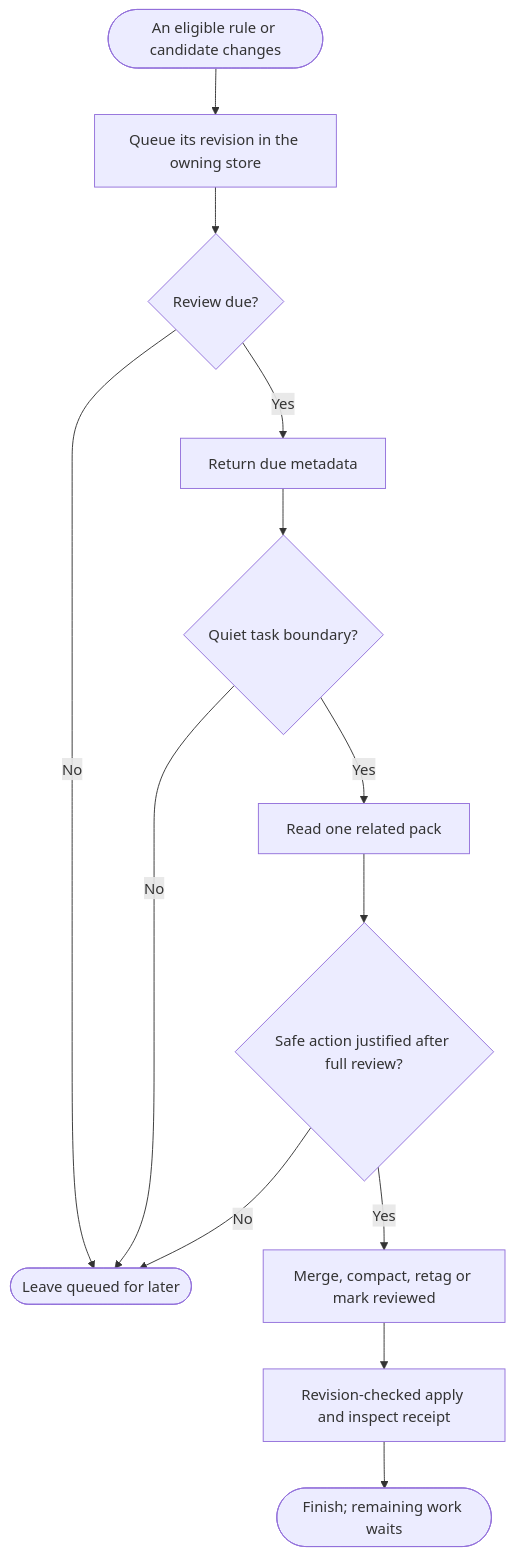
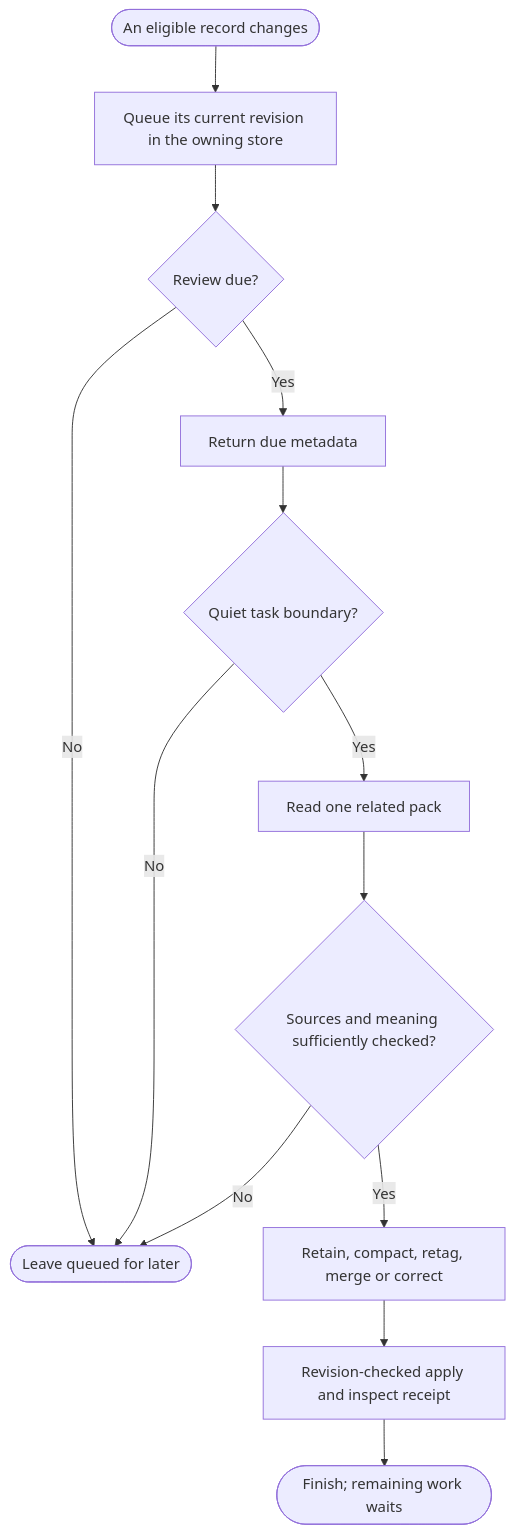
Before and after one commit to chrisstarr7/dev-memory: the second of 2 diagrams in README.md, drawn with Mermaid. The commit also changed other lines of this file and 7 other files, not shown here.

````diff
--- a/README.md
+++ b/README.md
@@ -85,15 +114,15 @@
 ```mermaid
 flowchart TD
-    S([An eligible rule or candidate changes]) --> Q[Queue its revision in the owning store]
+    S([An eligible record changes]) --> Q[Queue its current revision in the owning store]
     Q --> D{Review due?}
     D -->|No| L([Leave queued for later])
     D -->|Yes| M[Return due metadata]
     M --> B{Quiet task boundary?}
     B -->|No| L
     B -->|Yes| R[Read one related pack]
-    R --> C{Safe action justified after full review?}
+    R --> C{Sources and meaning sufficiently checked?}
     C -->|No| L
-    C -->|Yes| A[Merge, compact, retag or mark reviewed]
+    C -->|Yes| A[Retain, compact, retag, merge or correct]
     A --> F[Revision-checked apply and inspect receipt]
     F --> E([Finish; remaining work waits])
 ```
````
